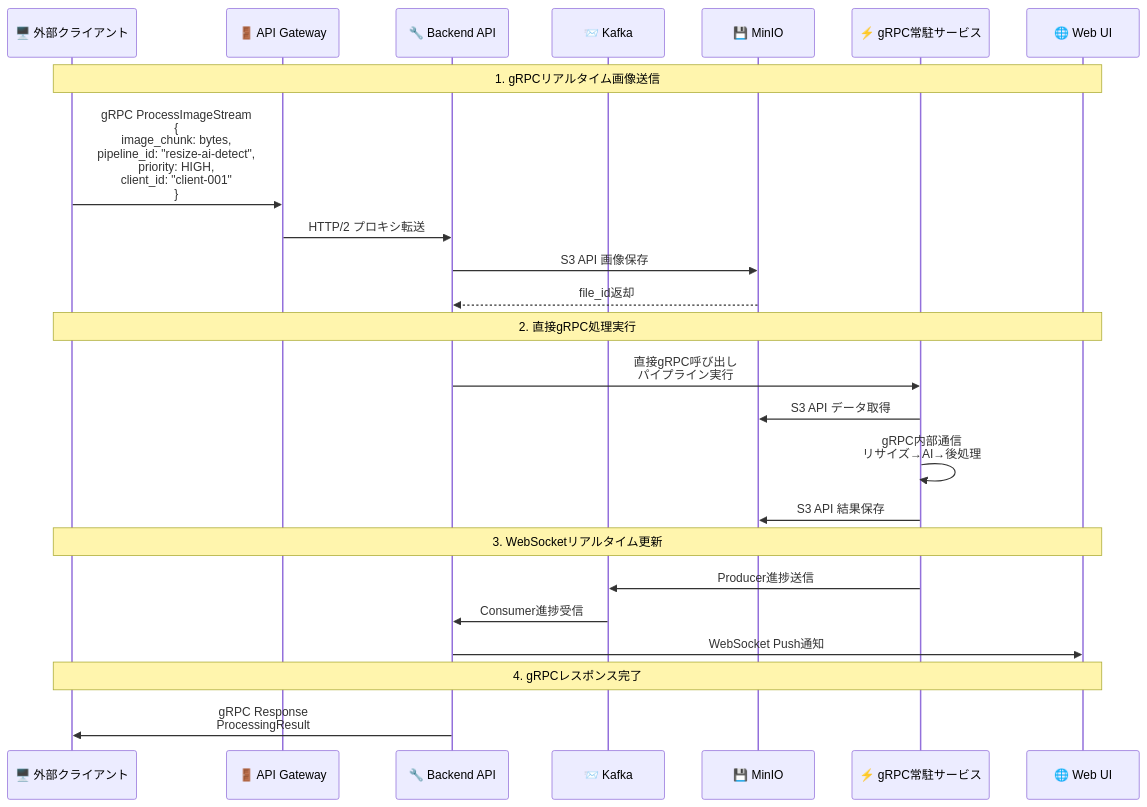
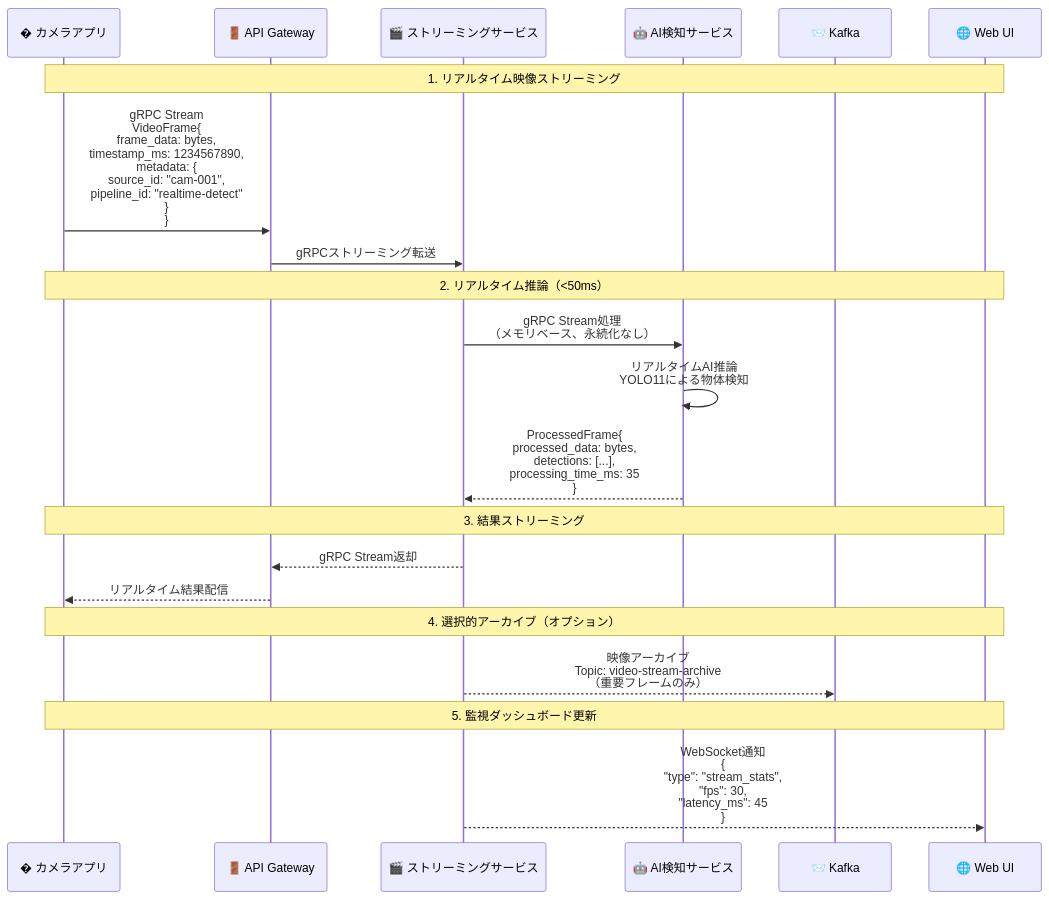
The second of 2 diagrams in docs/0300_設計_アプローチ1/0304_API設計.md (daichiTAAA/ImageFlowCanvas), drawn with Mermaid before and after one commit. The commit also changed other lines of this file and 21 other files, not shown here.

````diff
--- a/docs/0300_設計_アプローチ1/0304_API設計.md
+++ b/docs/0300_設計_アプローチ1/0304_API設計.md
@@ -57,30 +57,28 @@
 ```mermaid
 sequenceDiagram
-    participant Client as 🖥️ 外部クライアント
+    participant CameraApp as � カメラアプリ
     participant Gateway as 🚪 API Gateway  
-    participant API as 🔧 Backend API
+    participant StreamService as 🎬 ストリーミングサービス
+    participant AIService as 🤖 AI検知サービス
     participant Kafka as 📨 Kafka
-    participant MinIO as 💾 MinIO
-    participant gRPCServices as ⚡ gRPC常駐サービス
     participant WebUI as 🌐 Web UI
 
-    Note over Client, WebUI: 1. gRPCリアルタイム画像送信
-    Client->>Gateway: gRPC ProcessImageStream<br/>{<br/>  image_chunk: bytes,<br/>  pipeline_id: "resize-ai-detect",<br/>  priority: HIGH,<br/>  client_id: "client-001"<br/>}
-    Gateway->>API: HTTP/2 プロキシ転送
-    API->>MinIO: S3 API 画像保存
-    MinIO-->>API: file_id返却
+    Note over CameraApp, WebUI: 1. リアルタイム映像ストリーミング
+    CameraApp->>Gateway: gRPC Stream<br/>VideoFrame{<br/>  frame_data: bytes,<br/>  timestamp_ms: 1234567890,<br/>  metadata: {<br/>    source_id: "cam-001",<br/>    pipeline_id: "realtime-detect"<br/>  }<br/>}
+    Gateway->>StreamService: gRPCストリーミング転送
     
-    Note over Client, WebUI: 2. 直接gRPC処理実行
-    API->>gRPCServices: 直接gRPC呼び出し<br/>パイプライン実行
-    gRPCServices->>MinIO: S3 API データ取得
-    gRPCServices->>gRPCServices: gRPC内部通信<br/>リサイズ→AI→後処理
-    gRPCServices->>MinIO: S3 API 結果保存
+    Note over CameraApp, WebUI: 2. リアルタイム推論（<50ms）
+    StreamService->>AIService: gRPC Stream処理<br/>（メモリベース、永続化なし）
+    AIService->>AIService: リアルタイムAI推論<br/>YOLO11による物体検知
+    AIService-->>StreamService: ProcessedFrame{<br/>  processed_data: bytes,<br/>  detections: [...],<br/>  processing_time_ms: 35<br/>}
     
-    Note over Client, WebUI: 3. WebSocketリアルタイム更新
-    gRPCServices->>Kafka: Producer進捗送信
-    Kafka->>API: Consumer進捗受信
-    API->>WebUI: WebSocket Push通知
+    Note over CameraApp, WebUI: 3. 結果ストリーミング
+    StreamService-->>Gateway: gRPC Stream返却
+    Gateway-->>CameraApp: リアルタイム結果配信
     
-    Note over Client, WebUI: 4. gRPCレスポンス完了
-    API->>Client: gRPC Response<br/>ProcessingResult
+    Note over CameraApp, WebUI: 4. 選択的アーカイブ（オプション）
+    StreamService-->>Kafka: 映像アーカイブ<br/>Topic: video-stream-archive<br/>（重要フレームのみ）
+    
+    Note over CameraApp, WebUI: 5. 監視ダッシュボード更新
+    StreamService-->>WebUI: WebSocket通知<br/>{<br/>  "type": "stream_stats",<br/>  "fps": 30,<br/>  "latency_ms": 45<br/>}
 ```
````
